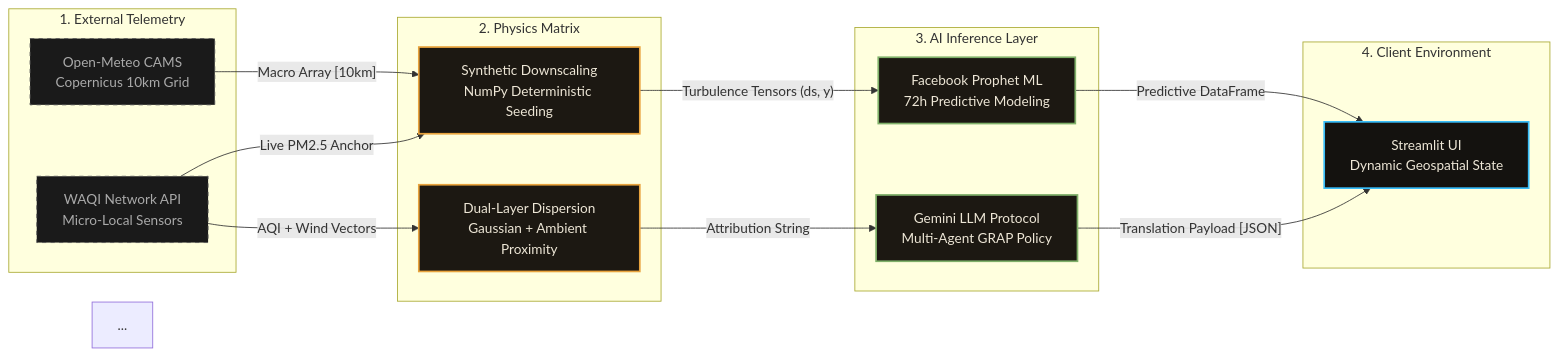
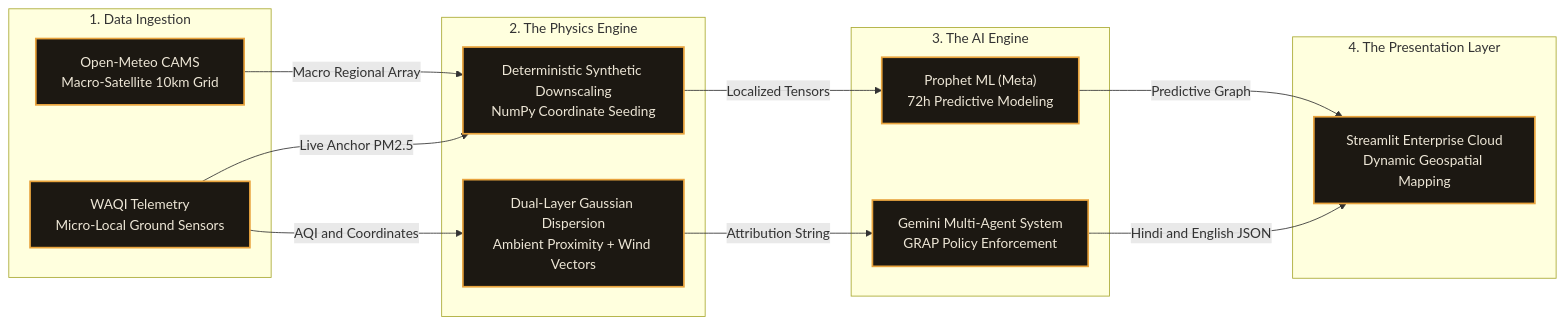
The diagram in README.md (Aaditya-rajp/VayuTrace-AI), drawn with Mermaid before and after one commit.

````diff
--- a/README.md
+++ b/README.md
@@ -70,45 +6,35 @@
-``` mermaid
+```mermaid
 graph LR
-    %% Subgraphs for System Boundaries
-    subgraph 1. External Telemetry
-        A[WAQI Network API<br/>Micro-Local Sensors]
-        B[Open-Meteo CAMS<br/>Copernicus 10km Grid]
+    subgraph ing["1. Data Ingestion"]
+        A["WAQI Telemetry<br/>Micro-Local Ground Sensors"]
+        B["Open-Meteo CAMS<br/>Macro-Satellite 10km Grid"]
     end
-
-    subgraph 2. Physics Matrix
-        C[Synthetic Downscaling<br/>NumPy Deterministic Seeding]
-        D[Dual-Layer Dispersion<br/>Gaussian + Ambient Proximity]
+ 
+    subgraph physics["2. The Physics Engine"]
+        C["Deterministic Synthetic Downscaling<br/>NumPy Coordinate Seeding"]
+        D["Dual-Layer Gaussian Dispersion<br/>Ambient Proximity + Wind Vectors"]
     end
-
-    subgraph 3. AI Inference Layer
-        E[Facebook Prophet ML<br/>72h Predictive Modeling]
-        F[Gemini LLM Protocol<br/>Multi-Agent GRAP Policy]
+ 
+    subgraph ai["3. The AI Engine"]
+        E["Prophet ML (Meta)<br/>72h Predictive Modeling"]
+        F["Gemini Multi-Agent System<br/>GRAP Policy Enforcement"]
     end
-
-    subgraph 4. Client Environment
-        G[Streamlit UI<br/>Dynamic Geospatial State]
+ 
+    subgraph ui["4. The Presentation Layer"]
+        G["Streamlit Enterprise Cloud<br/>Dynamic Geospatial Mapping"]
     end
-
-    %% Data Flow with Specific Payloads
-    B -- "Macro Array [10km]" --> C
-    A -- "Live PM2.5 Anchor" --> C
-    C -- "Turbulence Tensors (ds, y)" --> E
-    
-    A -- "AQI + Wind Vectors" --> D
-    D -- "Attribution String" --> F
-    
-    E -- "Predictive DataFrame" --> G
-    F -- "Translation Payload [JSON]" --> G
-
-    %% Enterprise Styling
-    classDef ext fill:#1a1a1a,stroke:#555,stroke-width:1px,color:#aaa,stroke-dasharray: 5 5;
-    classDef physics fill:#1C1812,stroke:#E8A33D,stroke-width:2px,color:#EDE6D6;
-    classDef intel fill:#1C1812,stroke:#7FB069,stroke-width:2px,color:#EDE6D6;
-    classDef ui fill:#14120F,stroke:#38BDF8,stroke-width:2px,color:#EDE6D6;
-    
-    class A,B ext;
-    class C,D physics;
-    class E,F intel;
-    class G ui;
-    ...
+ 
+    %% Data Flow Routing
+    B -->|Macro Regional Array| C
+    A -->|Live Anchor PM2.5| C
+    C -->|Localized Tensors| E
+ 
+    A -->|AQI and Coordinates| D
+    D -->|Attribution String| F
+ 
+    E -->|Predictive Graph| G
+    F -->|Hindi and English JSON| G
+ 
+    classDef tech fill:#1C1812,stroke:#E8A33D,stroke-width:2px,color:#EDE6D6;
+    class A,B,C,D,E,F,G tech;
 ```
````
